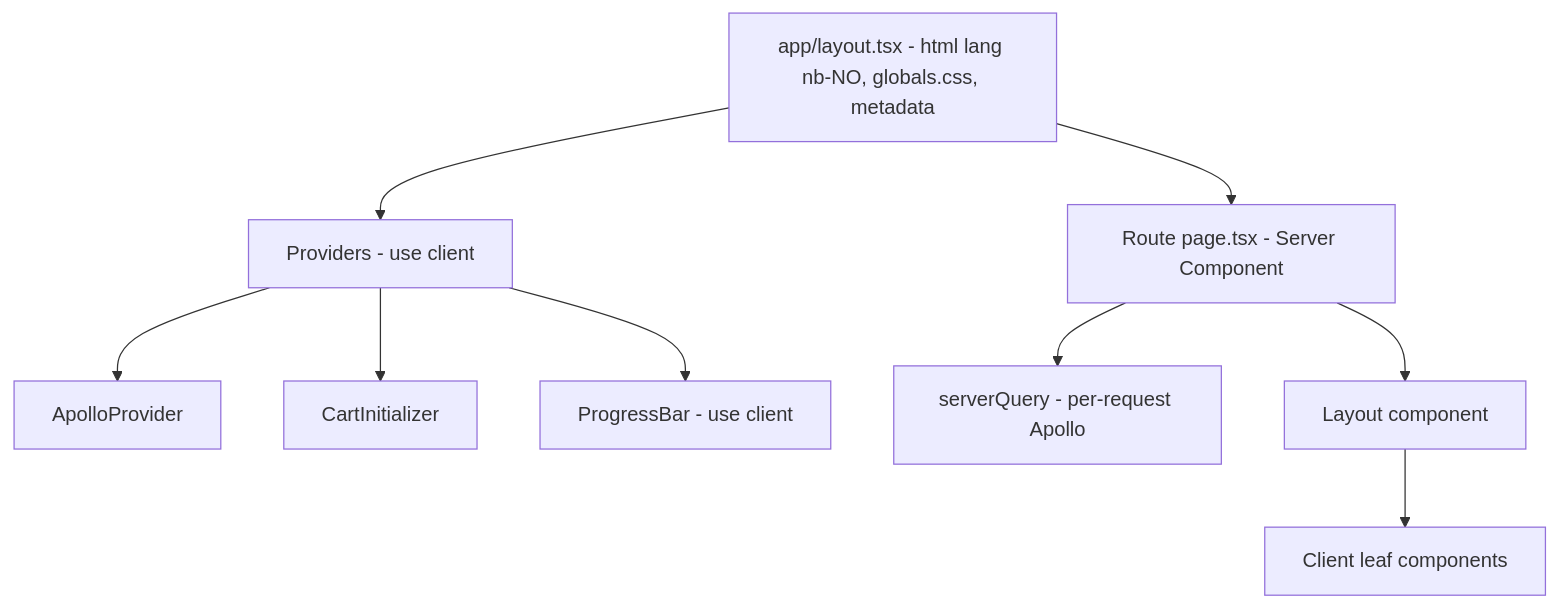
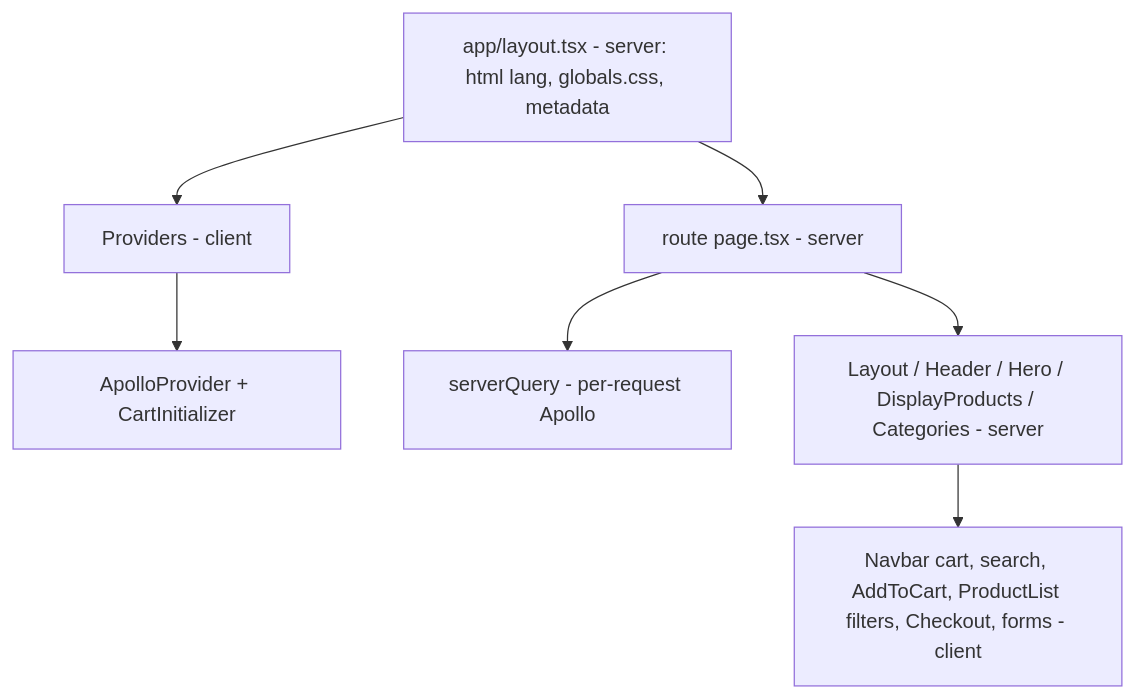
One commit to w3bdesign/nextjs-woocommerce changed the diagram in plans/app-router-migration.md. Above: the diagram before and after it, drawn with Mermaid. The commit also changed other lines of this file and 1 other file, not shown here.

First line of the commit message:
Document completed App Router migration

````diff
--- a/plans/app-router-migration.md
+++ b/plans/app-router-migration.md
@@ -37,11 +36,9 @@
 ```mermaid
 flowchart TD
-    A[app/layout.tsx - html lang nb-NO, globals.css, metadata] --> B[Providers - use client]
-    B --> C[ApolloProvider]
-    B --> D[CartInitializer]
-    B --> E[ProgressBar - use client]
-    A --> F[Route page.tsx - Server Component]
+    A[app/layout.tsx - server: html lang, globals.css, metadata] --> B[Providers - client]
+    B --> C[ApolloProvider + CartInitializer]
+    A --> F[route page.tsx - server]
     F --> G[serverQuery - per-request Apollo]
-    F --> H[Layout component]
-    H --> I[Client leaf components]
+    F --> H[Layout / Header / Hero / DisplayProducts / Categories - server]
+    H --> I[Navbar cart, search, AddToCart, ProductList filters, Checkout, forms - client]
 ```
````
